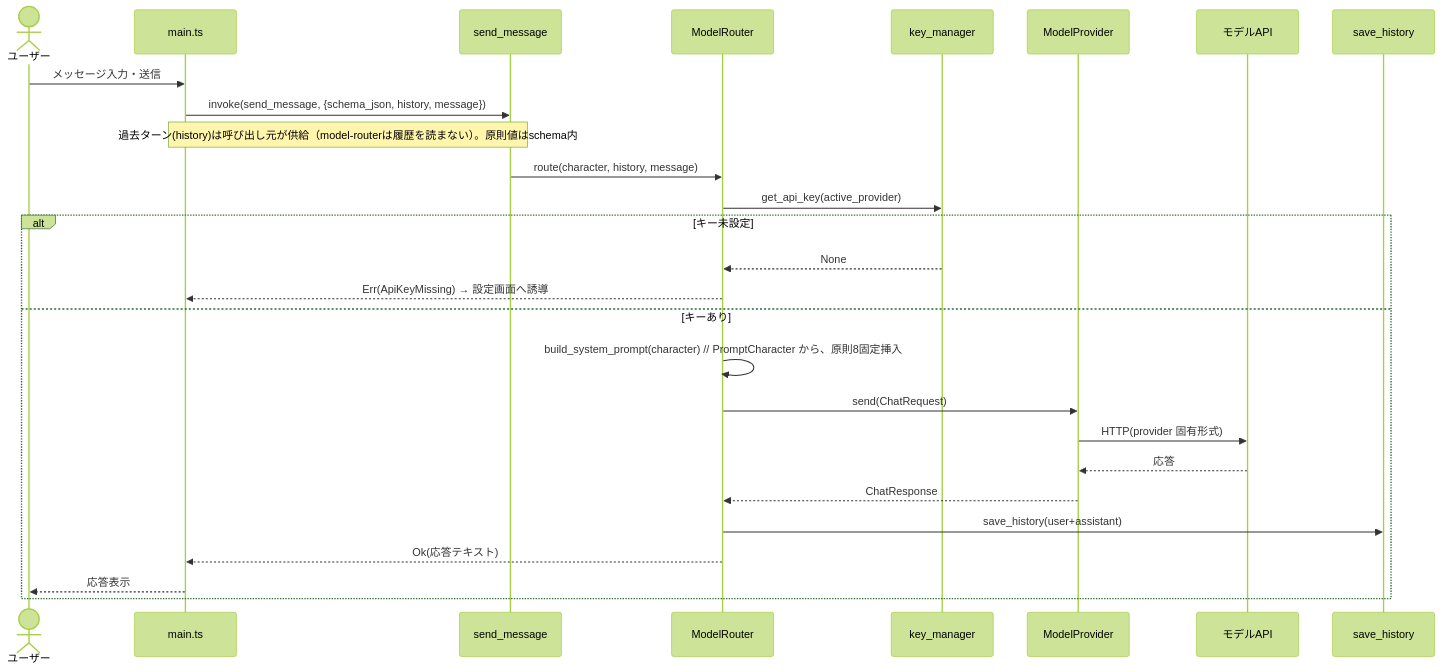
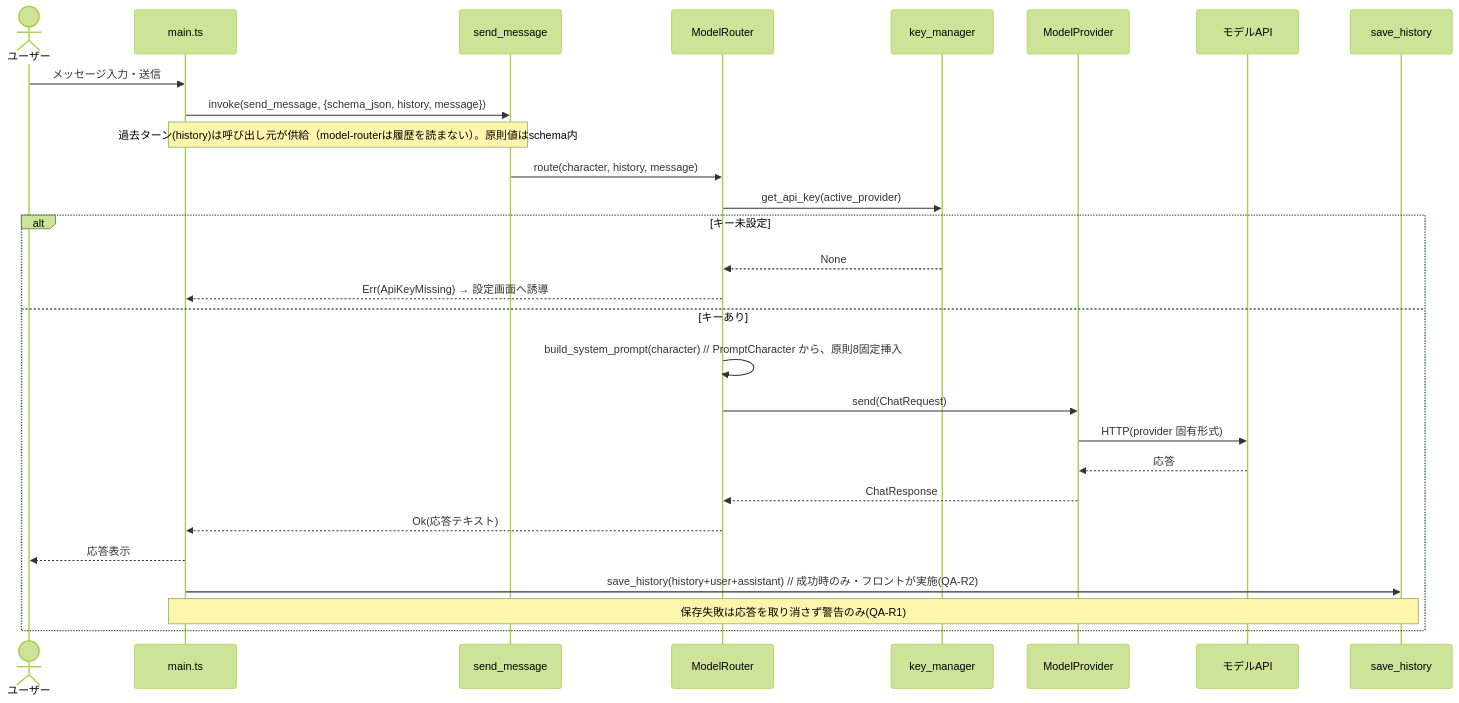
One commit to kumamoto-kouki/mitatete changed the second of 3 diagrams in .kiro/specs/model-router/design.md. Above: the diagram before and after it, drawn with Mermaid (forest theme). The commit also changed other lines of this file and 5 other files, not shown here.

````diff
--- a/.kiro/specs/model-router/design.md
+++ b/.kiro/specs/model-router/design.md
@@ -167,30 +169,31 @@
 ```mermaid
 sequenceDiagram
   actor U as ユーザー
   participant UI as main.ts
   participant CMD as send_message
   participant R as ModelRouter
   participant K as key_manager
   participant P as ModelProvider
   participant API as モデルAPI
   participant H as save_history
 
   U->>UI: メッセージ入力・送信
   UI->>CMD: invoke(send_message, {schema_json, history, message})
   Note over UI,CMD: 過去ターン(history)は呼び出し元が供給（model-routerは履歴を読まない）。原則値はschema内
   CMD->>R: route(character, history, message)
   R->>K: get_api_key(active_provider)
   alt キー未設定
     K-->>R: None
     R-->>UI: Err(ApiKeyMissing) → 設定画面へ誘導
   else キーあり
     R->>R: build_system_prompt(character)  // PromptCharacter から、原則8固定挿入
     R->>P: send(ChatRequest)
     P->>API: HTTP(provider 固有形式)
     API-->>P: 応答
     P-->>R: ChatResponse
-    R->>H: save_history(user+assistant)
     R-->>UI: Ok(応答テキスト)
     UI-->>U: 応答表示
+    UI->>H: save_history(history+user+assistant)  // 成功時のみ・フロントが実施(QA-R2)
+    Note over UI,H: 保存失敗は応答を取り消さず警告のみ(QA-R1)
   end
 ```
````
